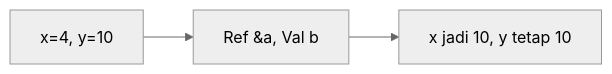
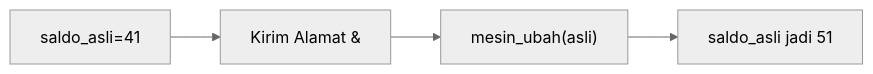
Before and after one commit to amnahwaida/OSNK_INF_PREP: the fourth of 25 diagrams in part-c-pemahaman-cpp/04-fungsi/latihan/set-01.md, drawn with Mermaid (neutral theme). The commit also changed other lines of this file and 71 other files, not shown here.

````diff
--- a/part-c-pemahaman-cpp/04-fungsi/latihan/set-01.md
+++ b/part-c-pemahaman-cpp/04-fungsi/latihan/set-01.md
@@ -101,5 +105,6 @@
 ```mermaid
 graph LR
-A["x=4, y=10"] --> B["Ref &a, Val b"]
-B --> C["x jadi 10, y tetap 10"]
+A["saldo_asli=41"] --> B["Kirim Alamat &"]
+B --> C["mesin_ubah(asli)"]
+C --> D["saldo_asli jadi 51"]
 ```
````
